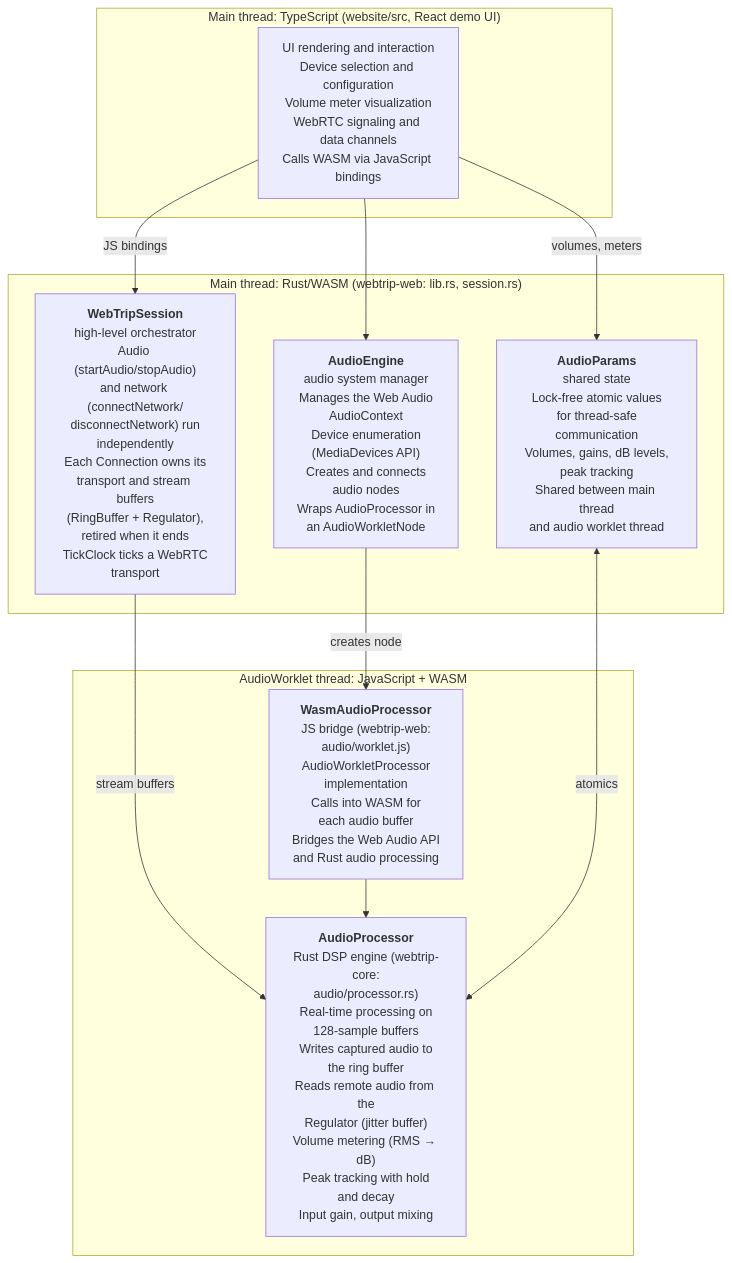
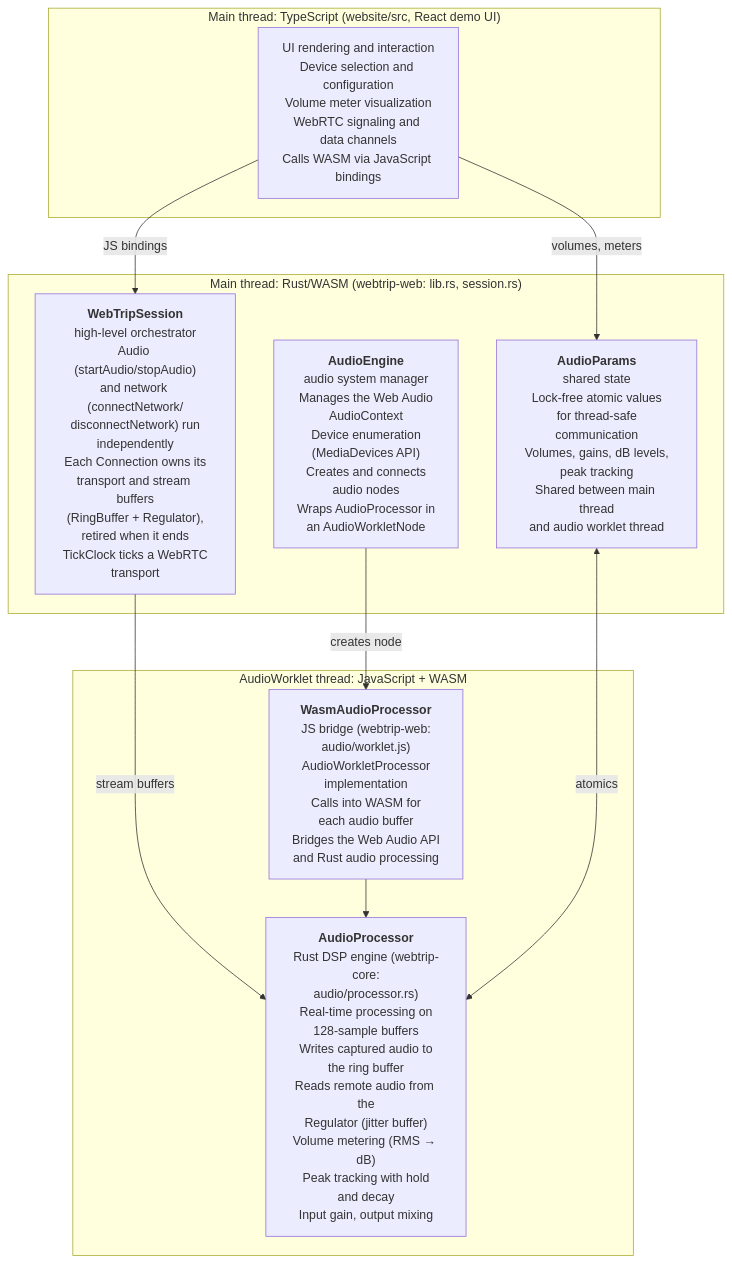
One commit to mikedickey/webtrip changed the first of 6 diagrams in docs/architecture.md. Above: the diagram before and after it, drawn with Mermaid. The commit also changed 16 other files, not shown here.

````diff
--- a/docs/architecture.md
+++ b/docs/architecture.md
@@ -27,22 +27,21 @@
 ```mermaid
 flowchart TB
     subgraph TS["Main thread: TypeScript (website/src, React demo UI)"]
         UI["UI rendering and interaction<br/>Device selection and configuration<br/>Volume meter visualization<br/>WebRTC signaling and data channels<br/>Calls WASM via JavaScript bindings"]
     end
     subgraph WASM["Main thread: Rust/WASM (webtrip-web: lib.rs, session.rs)"]
         SESSION["<b>WebTripSession</b><br/>high-level orchestrator<br/>Audio (startAudio/stopAudio)<br/>and network (connectNetwork/<br/>disconnectNetwork) run<br/>independently<br/>Each Connection owns its<br/>transport and stream buffers<br/>(RingBuffer + Regulator),<br/>retired when it ends<br/>TickClock ticks a WebRTC<br/>transport"]
         ENGINE["<b>AudioEngine</b><br/>audio system manager<br/>Manages the Web Audio<br/>AudioContext<br/>Device enumeration<br/>(MediaDevices API)<br/>Creates and connects<br/>audio nodes<br/>Wraps AudioProcessor in<br/>an AudioWorkletNode"]
         PARAMS["<b>AudioParams</b><br/>shared state<br/>Lock-free atomic values<br/>for thread-safe<br/>communication<br/>Volumes, gains, dB levels,<br/>peak tracking<br/>Shared between main thread<br/>and audio worklet thread"]
     end
     subgraph AW["AudioWorklet thread: JavaScript + WASM"]
         BRIDGE["<b>WasmAudioProcessor</b><br/>JS bridge (webtrip-web:<br/>audio/worklet.js)<br/>AudioWorkletProcessor<br/>implementation<br/>Calls into WASM for<br/>each audio buffer<br/>Bridges the Web Audio API<br/>and Rust audio processing"]
         PROC["<b>AudioProcessor</b><br/>Rust DSP engine (webtrip-core:<br/>audio/processor.rs)<br/>Real-time processing on<br/>128-sample buffers<br/>Writes captured audio to<br/>the ring buffer<br/>Reads remote audio from the<br/>Regulator (jitter buffer)<br/>Volume metering (RMS → dB)<br/>Peak tracking with hold<br/>and decay<br/>Input gain, output mixing"]
     end
     UI -->|JS bindings| SESSION
-    UI --> ENGINE
     UI -->|volumes, meters| PARAMS
     SESSION -->|stream buffers| PROC
     ENGINE -->|creates node| BRIDGE
     BRIDGE --> PROC
     PARAMS <-->|atomics| PROC
 ```
````
